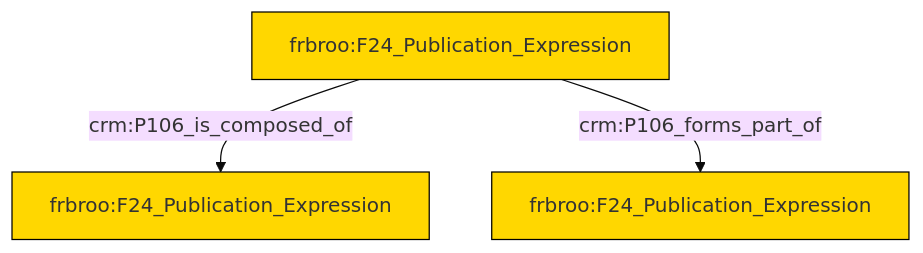
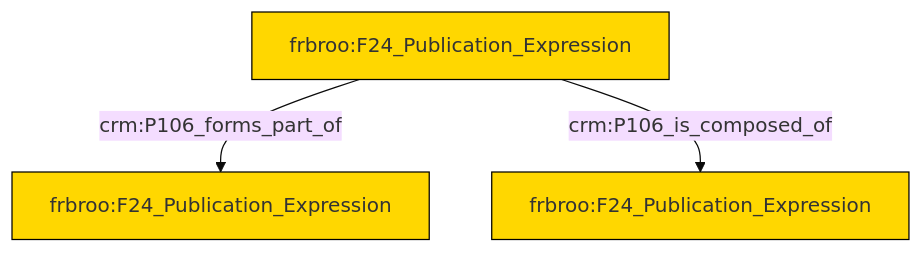
The diagram in et/biblioCSV/ttl/mmd/biblio_parthood.ttl.mmd (swiss-art-research-net/docs.swissartresearch), drawn with Mermaid (base theme) before and after one commit. The commit also changed 182 other files, not shown here.

```diff
--- a/et/biblioCSV/ttl/mmd/biblio_parthood.ttl.mmd
+++ b/et/biblioCSV/ttl/mmd/biblio_parthood.ttl.mmd
@@ -1,17 +1,17 @@
 graph TD
 classDef Literal fill:#f2f2f2,stroke:#000000;
 classDef CRM_Entity fill:#FFFFFF,stroke:#000000;
 classDef Temporal_Entity fill:#00C9E6, stroke:#000000;
 classDef Type fill:#E18312, stroke:#000000;
 classDef Time-Span fill:#2C9C91, stroke:#000000;
 classDef Appellation fill:#FFEB7F, stroke:#000000;
 classDef Place fill:#008836, stroke:#000000;
 classDef Persistent_Item fill:#B266B2, stroke:#000000;
 classDef Conceptual_Object fill:#FFD700, stroke:#000000;
 classDef Physical_Thing fill:#D2B48C, stroke:#000000;
 classDef Actor fill:#f58aad, stroke:#000000;
 classDef PC_Classes fill:#4ce600, stroke:#000000;
 classDef Multi fill:#cccccc,stroke:#000000;
 
-4["frbroo:F24_Publication_Expression"]:::Conceptual_Object -->|crm:P106_is_composed_of| 0["frbroo:F24_Publication_Expression"]:::Conceptual_Object
-4["frbroo:F24_Publication_Expression"]:::Conceptual_Object -->|crm:P106_forms_part_of| 2["frbroo:F24_Publication_Expression"]:::Conceptual_Object
+2["frbroo:F24_Publication_Expression"]:::Conceptual_Object -->|crm:P106_forms_part_of| 0["frbroo:F24_Publication_Expression"]:::Conceptual_Object
+2["frbroo:F24_Publication_Expression"]:::Conceptual_Object -->|crm:P106_is_composed_of| 3["frbroo:F24_Publication_Expression"]:::Conceptual_Object
```
